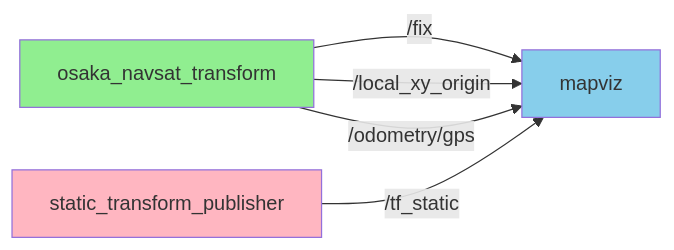
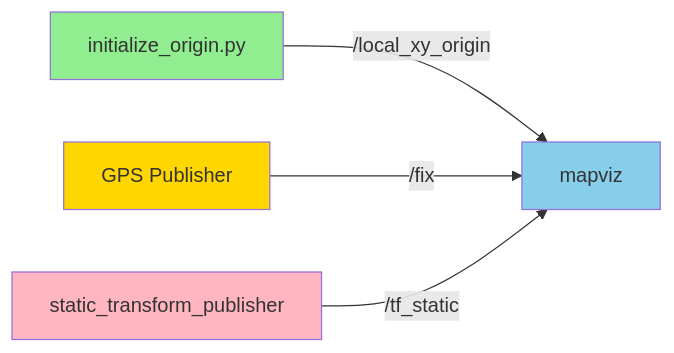
The first of 6 diagrams in genai_docs/MAPVIZ_TILE_DISPLAY_GUIDE.md (sato-susumu/mapviz_sample), drawn with Mermaid before and after one commit. The commit also changed other lines of this file and 6 other files, not shown here.

````diff
--- a/genai_docs/MAPVIZ_TILE_DISPLAY_GUIDE.md
+++ b/genai_docs/MAPVIZ_TILE_DISPLAY_GUIDE.md
@@ -21,11 +21,11 @@
 ```mermaid
 graph LR
-    A[osaka_navsat_transform] -->|/fix| B[mapviz]
-    A -->|/local_xy_origin| B
-    A -->|/odometry/gps| B
-    C[static_transform_publisher] -->|/tf_static| B
+    A[initialize_origin.py] -->|/local_xy_origin| B[mapviz]
+    C[GPS Publisher] -->|/fix| B
+    D[static_transform_publisher] -->|/tf_static| B
 
     style A fill:#90EE90
     style B fill:#87CEEB
-    style C fill:#FFB6C1
+    style C fill:#FFD700
+    style D fill:#FFB6C1
 ```
````
